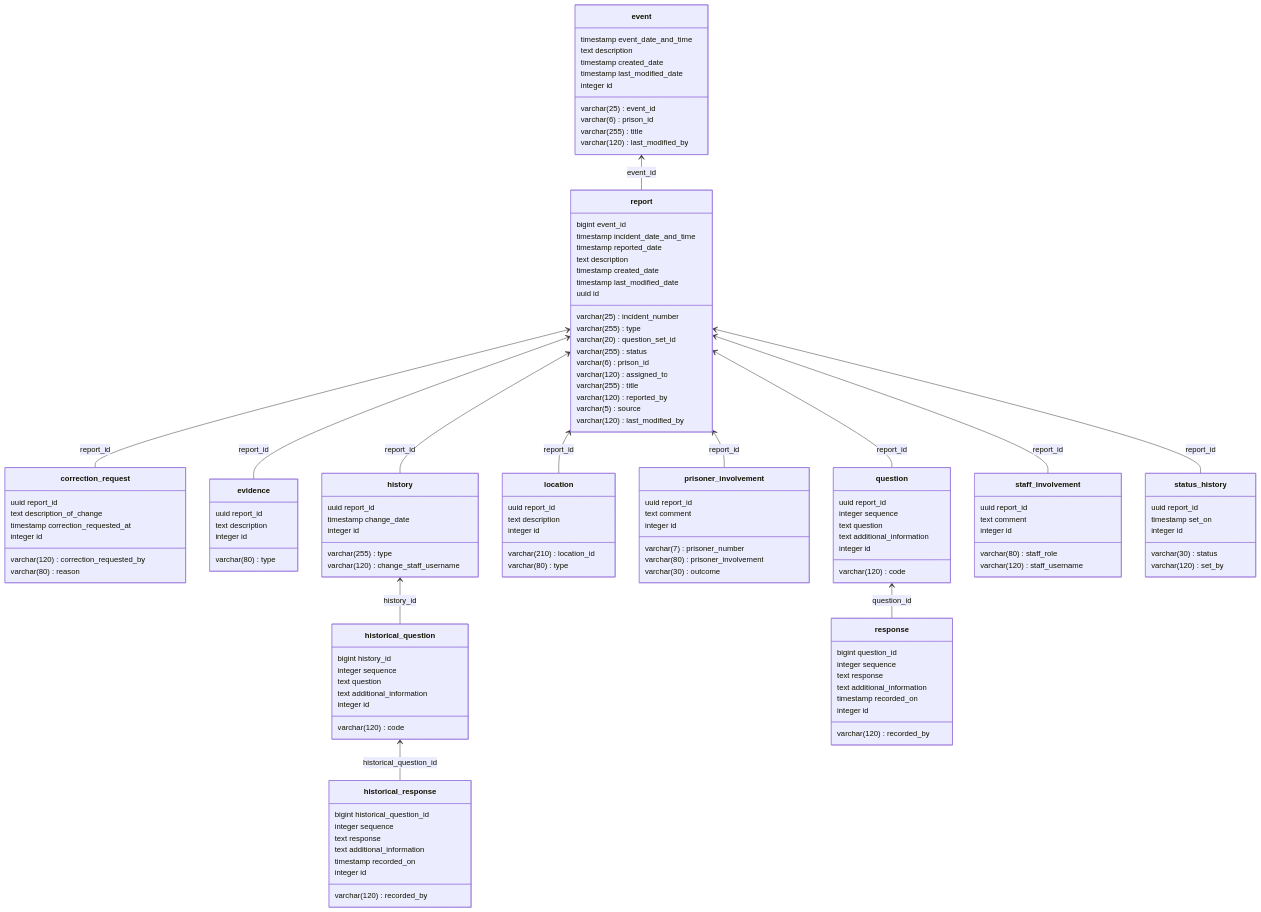
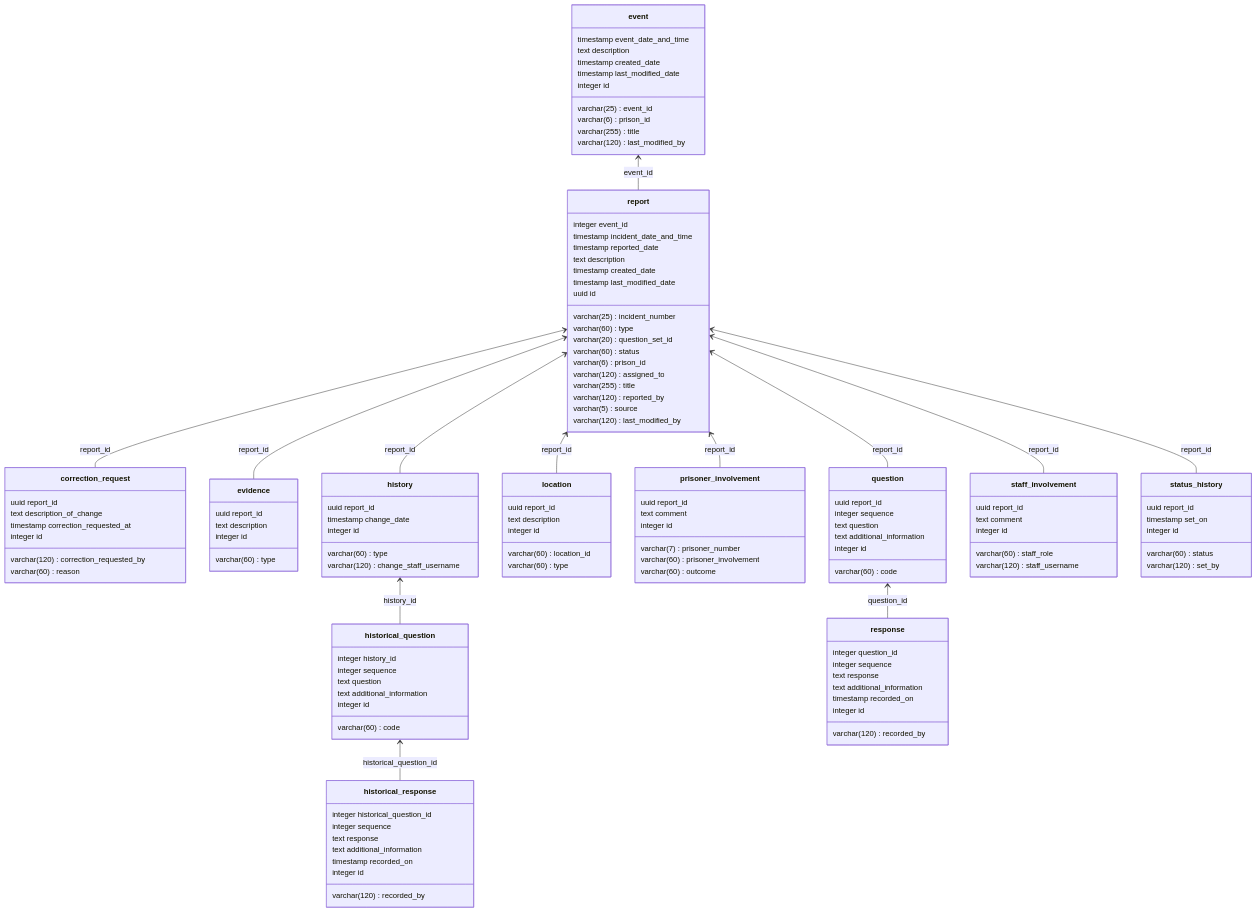
The second of 2 diagrams in docs/0004-modeling-irs.md (ministryofjustice/hmpps-incident-reporting-api), drawn with Mermaid before and after one commit. The commit also changed other lines of this file and 9 other files, not shown here.

```diff
--- a/docs/0004-modeling-irs.md
+++ b/docs/0004-modeling-irs.md
@@ -134,118 +136,118 @@
 classDiagram
     direction BT
     class correction_request {
-       uuid report_id
-       varchar(120) correction_requested_by
-       text description_of_change
-       varchar(80) reason
-       timestamp correction_requested_at
-       integer id
+        uuid report_id
+        varchar(120) correction_requested_by
+        varchar(60) reason
+        text description_of_change
+        timestamp correction_requested_at
+        integer id
     }
     class event {
-       varchar(25) event_id
-       varchar(6) prison_id
-       timestamp event_date_and_time
-       varchar(255) title
-       text description
-       timestamp created_date
-       varchar(120) last_modified_by
-       timestamp last_modified_date
-       integer id
+        varchar(25) event_id
+        varchar(6) prison_id
+        timestamp event_date_and_time
+        varchar(255) title
+        text description
+        timestamp created_date
+        varchar(120) last_modified_by
+        timestamp last_modified_date
+        integer id
     }
     class evidence {
-       uuid report_id
-       varchar(80) type
-       text description
-       integer id
+        uuid report_id
+        varchar(60) type
+        text description
+        integer id
     }
     class historical_question {
-       bigint history_id
-       integer sequence
-       varchar(120) code
-       text question
-       text additional_information
-       integer id
+        integer history_id
+        integer sequence
+        varchar(60) code
+        text question
+        text additional_information
+        integer id
     }
     class historical_response {
-       bigint historical_question_id
-       integer sequence
-       text response
-       text additional_information
-       timestamp recorded_on
-       varchar(120) recorded_by
-       integer id
+        integer historical_question_id
+        integer sequence
+        text response
+        text additional_information
+        timestamp recorded_on
+        varchar(120) recorded_by
+        integer id
     }
     class history {
-       uuid report_id
-       varchar(255) type
-       timestamp change_date
-       varchar(120) change_staff_username
-       integer id
+        uuid report_id
+        varchar(60) type
+        timestamp change_date
+        varchar(120) change_staff_username
+        integer id
     }
     class location {
-       uuid report_id
-       varchar(210) location_id
-       varchar(80) type
-       text description
-       integer id
+        uuid report_id
+        varchar(60) location_id
+        varchar(60) type
+        text description
+        integer id
     }
     class prisoner_involvement {
-       uuid report_id
-       varchar(7) prisoner_number
-       varchar(80) prisoner_involvement
-       text comment
-       varchar(30) outcome
-       integer id
+        uuid report_id
+        varchar(7) prisoner_number
+        varchar(60) prisoner_involvement
+        varchar(60) outcome
+        text comment
+        integer id
     }
     class question {
-       uuid report_id
-       integer sequence
-       varchar(120) code
-       text question
-       text additional_information
-       integer id
+        uuid report_id
+        integer sequence
+        varchar(60) code
+        text question
+        text additional_information
+        integer id
     }
     class report {
-       bigint event_id
-       varchar(25) incident_number
-       varchar(255) type
-       varchar(20) question_set_id
-       varchar(255) status
-       timestamp incident_date_and_time
-       varchar(6) prison_id
-       timestamp reported_date
-       varchar(120) assigned_to
-       varchar(255) title
-       text description
-       varchar(120) reported_by
-       timestamp created_date
-       varchar(5) source
-       varchar(120) last_modified_by
-       timestamp last_modified_date
-       uuid id
+        integer event_id
+        varchar(25) incident_number
+        varchar(60) type
+        varchar(20) question_set_id
+        varchar(60) status
+        timestamp incident_date_and_time
+        varchar(6) prison_id
+        timestamp reported_date
+        varchar(120) assigned_to
+        varchar(255) title
+        text description
+        varchar(120) reported_by
+        timestamp created_date
+        varchar(5) source
+        varchar(120) last_modified_by
+        timestamp last_modified_date
+        uuid id
     }
     class response {
-       bigint question_id
-       integer sequence
-       text response
-       text additional_information
-       timestamp recorded_on
-       varchar(120) recorded_by
-       integer id
+        integer question_id
+        integer sequence
+        text response
+        text additional_information
+        timestamp recorded_on
+        varchar(120) recorded_by
+        integer id
     }
     class staff_involvement {
-       uuid report_id
-       varchar(80) staff_role
-       varchar(120) staff_username
-       text comment
-       integer id
+        uuid report_id
+        varchar(60) staff_role
+        varchar(120) staff_username
+        text comment
+        integer id
     }
     class status_history {
-       uuid report_id
-       varchar(30) status
-       timestamp set_on
-       varchar(120) set_by
-       integer id
+        uuid report_id
+        varchar(60) status
+        timestamp set_on
+        varchar(120) set_by
+        integer id
     }
 
 correction_request  -->  report : report_id
```
